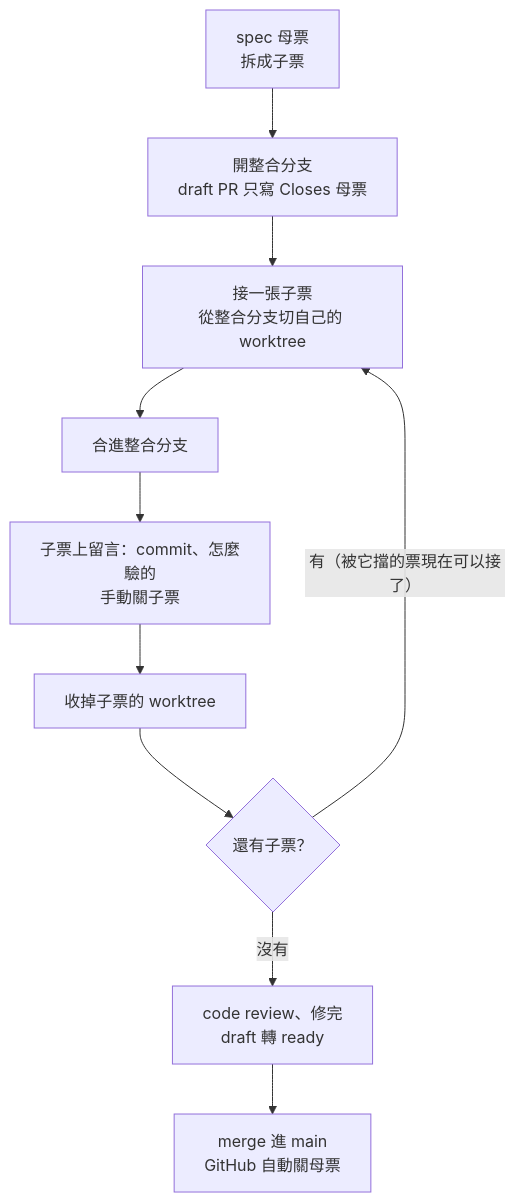
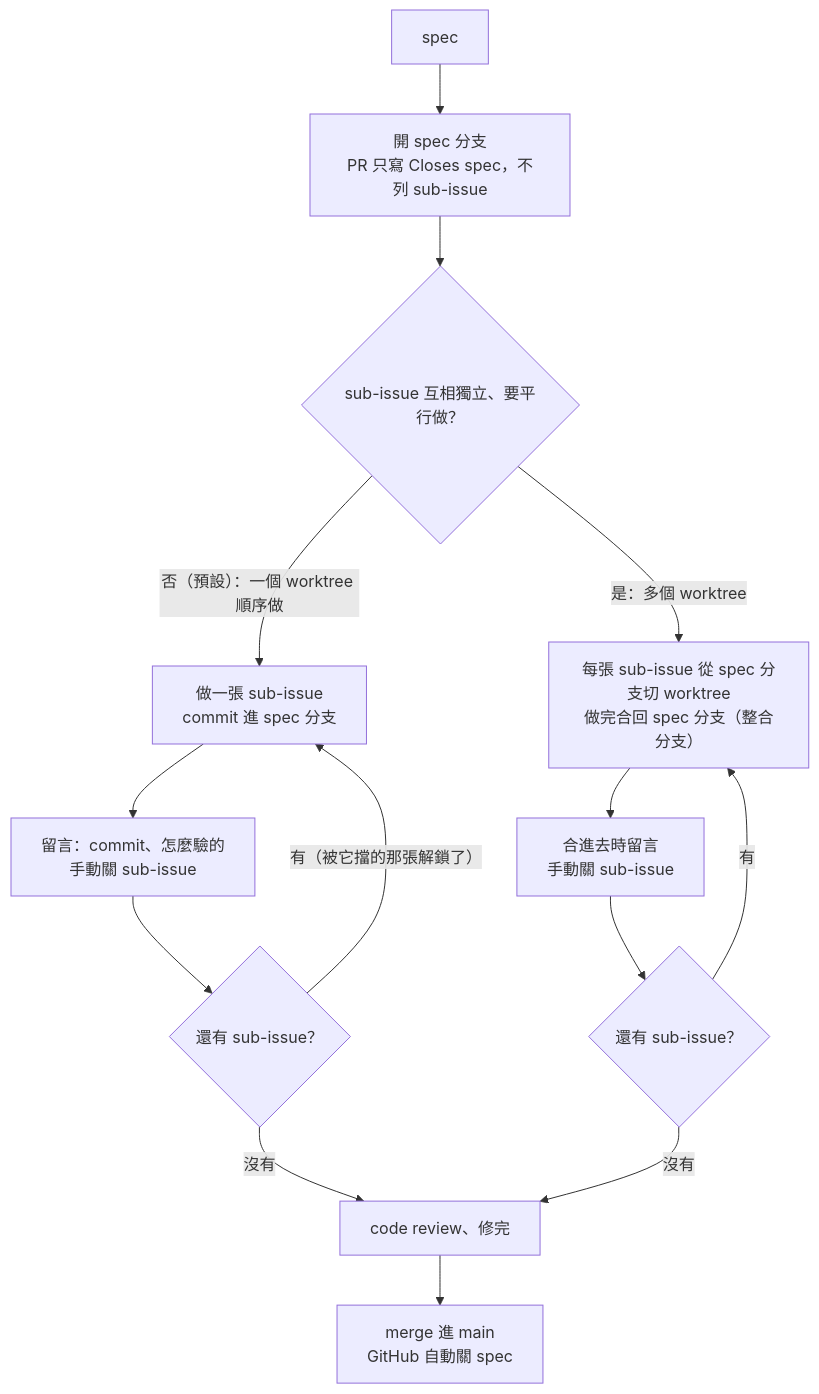
The second of 2 diagrams in docs/issue-lifecycle.md (henry5720/dotfiles), drawn with Mermaid before and after one commit. The commit also changed other lines of this file and 2 other files, not shown here.

First line of the commit message:
docs: issue 生命週期改成 Assign／Close，spec 的 PR 只 Closes spec

````diff
--- a/docs/issue-lifecycle.md
+++ b/docs/issue-lifecycle.md
@@ -32,12 +20,16 @@
 ```mermaid
 flowchart TD
-  S["spec 母票<br/>拆成子票"] --> IB["開整合分支<br/>draft PR 只寫 Closes 母票"]
-  IB --> SUB["接一張子票<br/>從整合分支切自己的 worktree"]
-  SUB --> M["合進整合分支"]
-  M --> CL["子票上留言：commit、怎麼驗的<br/>手動關子票"]
-  CL --> W["收掉子票的 worktree"]
-  W --> NEXT{"還有子票？"}
-  NEXT -- "有（被它擋的票現在可以接了）" --> SUB
-  NEXT -- "沒有" --> RV["code review、修完<br/>draft 轉 ready"]
-  RV --> MM["merge 進 main<br/>GitHub 自動關母票"]
+  S["spec"] --> BR["開 spec 分支<br/>PR 只寫 Closes spec，不列 sub-issue"]
+  BR --> Q{"sub-issue 互相獨立、要平行做？"}
+  Q -- "否（預設）：一個 worktree 順序做" --> ONE["做一張 sub-issue<br/>commit 進 spec 分支"]
+  ONE --> C1["留言：commit、怎麼驗的<br/>手動關 sub-issue"]
+  C1 --> N1{"還有 sub-issue？"}
+  N1 -- "有（被它擋的那張解鎖了）" --> ONE
+  Q -- "是：多個 worktree" --> MANY["每張 sub-issue 從 spec 分支切 worktree<br/>做完合回 spec 分支（整合分支）"]
+  MANY --> C2["合進去時留言<br/>手動關 sub-issue"]
+  C2 --> N2{"還有 sub-issue？"}
+  N2 -- "有" --> MANY
+  N1 -- "沒有" --> RV["code review、修完"]
+  N2 -- "沒有" --> RV
+  RV --> M["merge 進 main<br/>GitHub 自動關 spec"]
 ```
````
